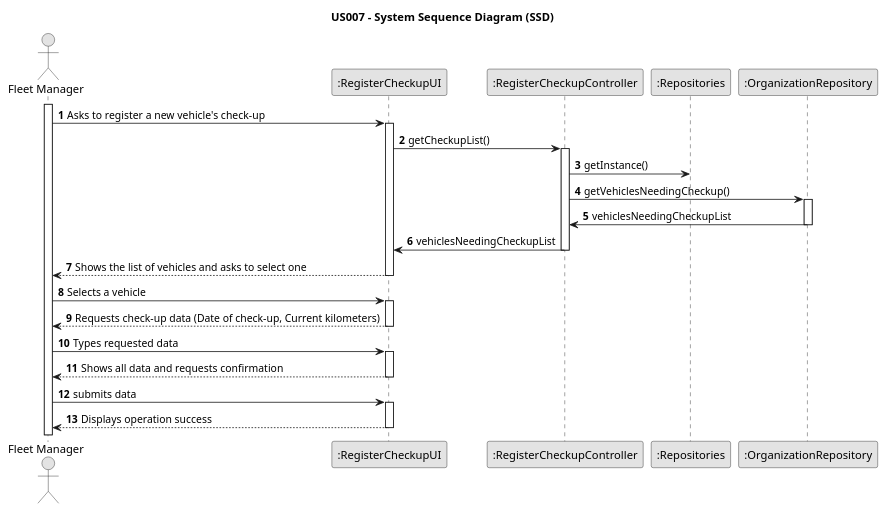
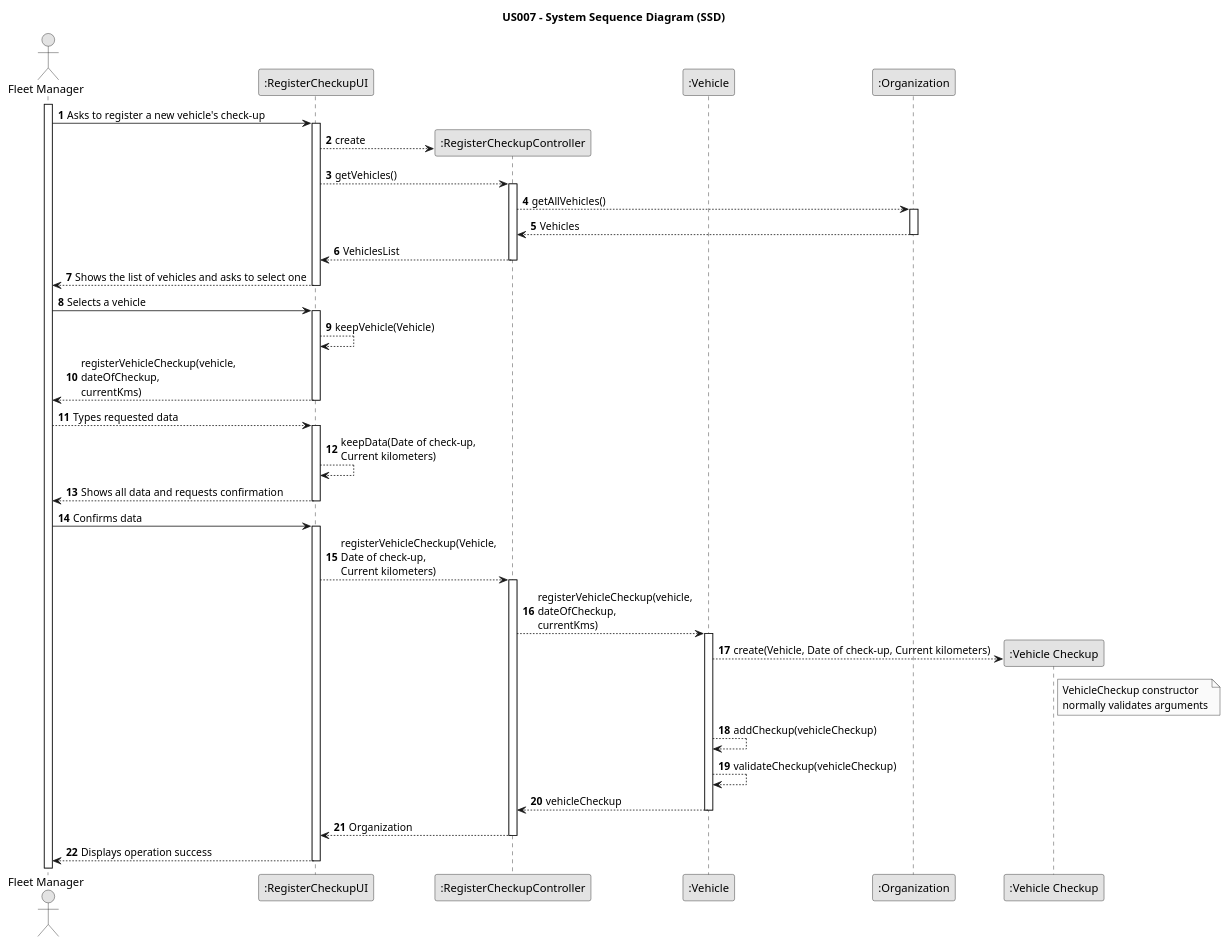
Before and after one commit to Rui-San/LAPR2_2023_2024: the diagram in docs/sprintB/us007/03.design/puml/us007-sequence-diagram-full.puml, drawn with PlantUML.

Commit message:
US007: Significant alterations to Sequence Diagram

```diff
--- a/docs/sprintB/us007/03.design/puml/us007-sequence-diagram-full.puml
+++ b/docs/sprintB/us007/03.design/puml/us007-sequence-diagram-full.puml
@@ -1,55 +1,85 @@
 @startuml
 skinparam monochrome true
 skinparam packageStyle rectangle
 skinparam shadowing false
 
 title US007 - System Sequence Diagram (SSD)
 
 autonumber
 
 actor "Fleet Manager" as Employee
 participant ":RegisterCheckupUI" as UI
-participant ":RegisterCheckupController" as CTRL
-participant ":Repositories" as Repos
-participant ":OrganizationRepository" as RPS
+participant ":RegisterCheckupController" as RCCtrl
+'participant ":Repositories" as RepositorySingleton
+'participant "repositories\n:Repositories" as PLAT
+'participant "taskCategoryRepository:\nTaskCategoryRepository" as TaskCategoryRepository
+'participant ":ApplicationSession" as _APP
+'participant "appSession\n:ApplicationSession" as APP
+'participant "currentSession\n:UserSession" as SESSAO
+'participant "vehicleRepository:\nVehicleRepository" as VehicleRepository
+participant ":Vehicle" as Vehicle
+'participant "organizationRepository:\nOrganizationRepository" as OrganizationRepository
+participant ":Organization" as Organization
+participant ":Vehicle Checkup" as VCheckup
 
 activate Employee
 
     Employee -> UI : Asks to register a new vehicle's check-up
     activate UI
 
-                    UI -> CTRL : getCheckupList()
-                    activate CTRL
+        UI --> RCCtrl** : create
+        UI --> RCCtrl : getVehicles()
+        activate RCCtrl
 
-                            CTRL -> Repos : getInstance()
-                            CTRL -> RPS : getVehiclesNeedingCheckup()
-                        activate RPS
+            RCCtrl --> Organization : getAllVehicles()
+            activate Organization
 
-                            RPS -> CTRL : vehiclesNeedingCheckupList
-                        deactivate RPS
+                Organization --> RCCtrl : Vehicles
+            deactivate Organization
 
-                        CTRL -> UI : vehiclesNeedingCheckupList
-                    deactivate CTRL
+            RCCtrl --> UI : VehiclesList
+        deactivate RCCtrl
 
         UI --> Employee : Shows the list of vehicles and asks to select one
     deactivate UI
 
     Employee -> UI : Selects a vehicle
     activate UI
 
-        UI --> Employee : Requests check-up data (Date of check-up, Current kilometers)
+        UI --> UI : keepVehicle(Vehicle)
+        UI --> Employee : registerVehicleCheckup(vehicle, \ndateOfCheckup, \ncurrentKms)
     deactivate UI
 
-    Employee -> UI : Types requested data
+    Employee --> UI : Types requested data
     activate UI
 
+        UI --> UI : keepData(Date of check-up, \nCurrent kilometers)
         UI --> Employee : Shows all data and requests confirmation
     deactivate UI
 
-    Employee -> UI : submits data
+    Employee -> UI : Confirms data
     activate UI
+
+        UI --> RCCtrl : registerVehicleCheckup(Vehicle, \nDate of check-up, \nCurrent kilometers)
+        activate RCCtrl
+
+            RCCtrl --> Vehicle : registerVehicleCheckup(vehicle, \ndateOfCheckup, \ncurrentKms)
+            activate Vehicle
+
+                Vehicle --> VCheckup** : create(Vehicle, Date of check-up, Current kilometers)
+                note right of VCheckup
+                    VehicleCheckup constructor
+                    normally validates arguments
+                end note
+                Vehicle --> Vehicle : addCheckup(vehicleCheckup)
+                Vehicle --> Vehicle : validateCheckup(vehicleCheckup)
+                Vehicle --> RCCtrl : vehicleCheckup
+            deactivate Vehicle
+
+            RCCtrl --> UI : Organization
+        deactivate RCCtrl
 
         UI --> Employee : Displays operation success
     deactivate UI
 
 @enduml
```
